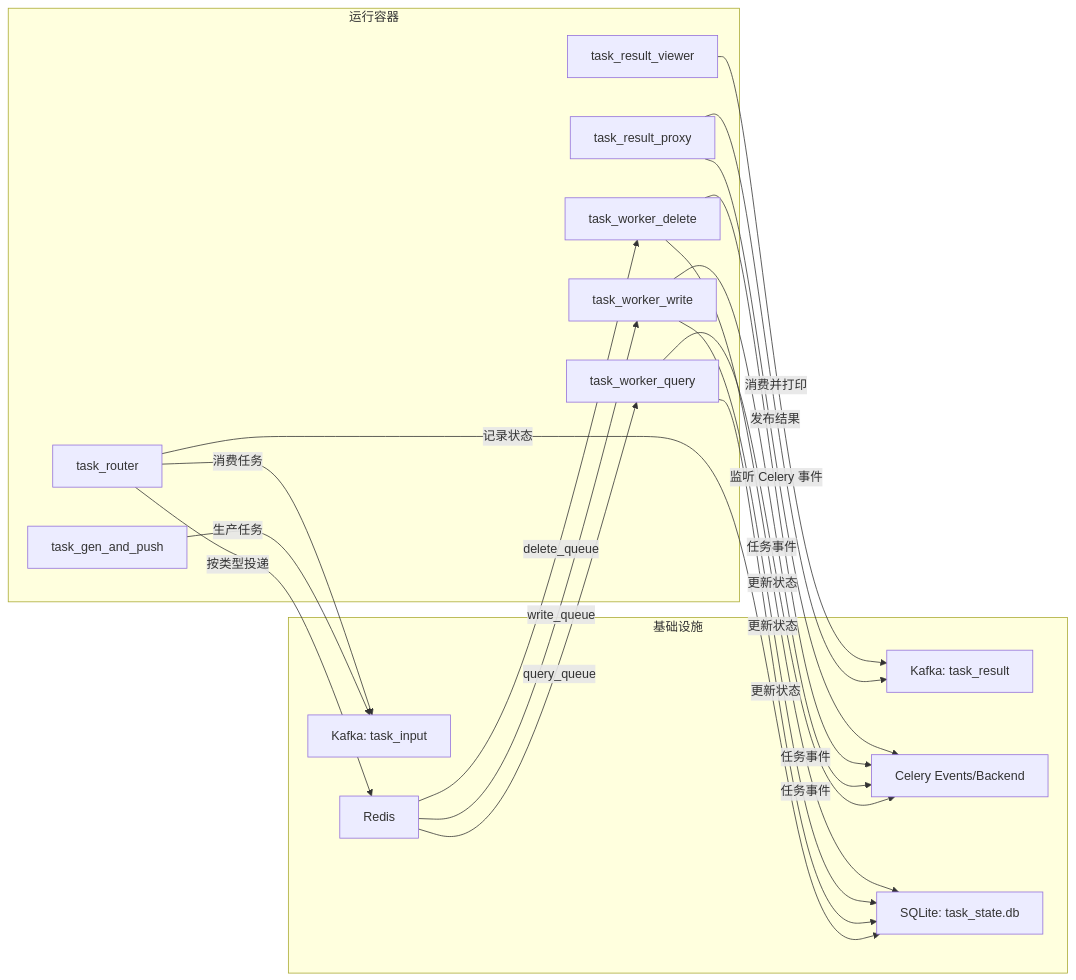
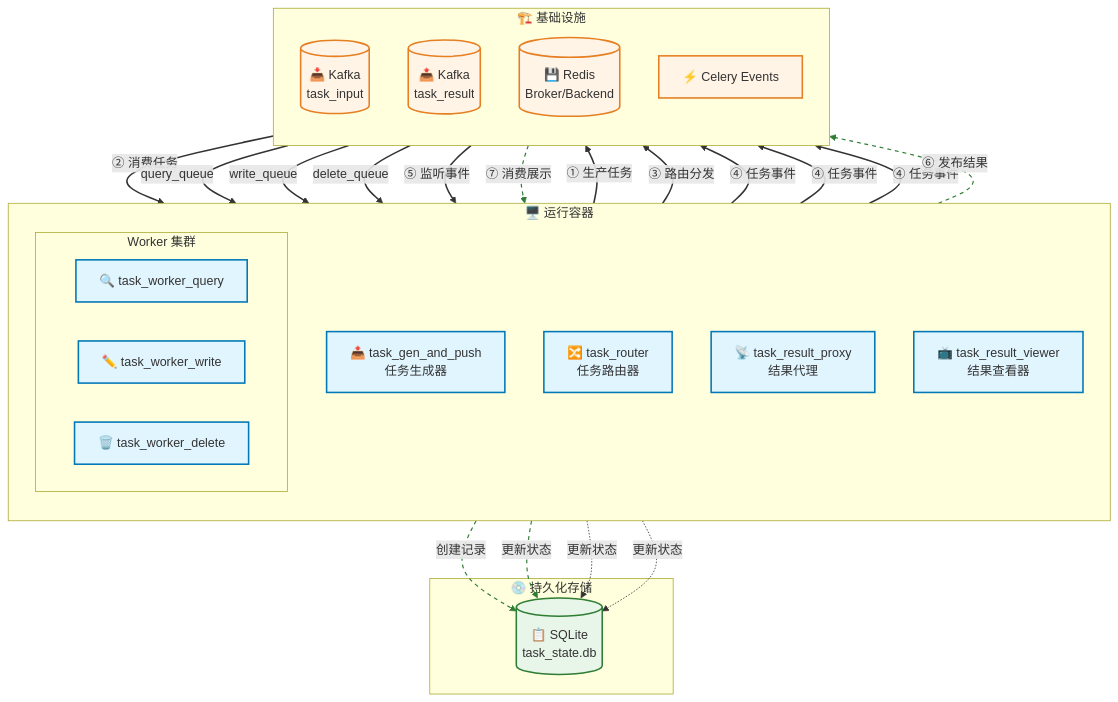
The diagram in README.md (LouisLiuNova/task_flow_demo), drawn with Mermaid before and after one commit. The commit also changed 1 other file, not shown here.

Commit message:
🎨 docs: 优化 README 架构图并更新 ROADMAP
- 优化 mermaid 流程图视觉效果：
  - 添加颜色样式区分服务/基础设施/存储
  - 使用 emoji 图标增强可读性
  - 主流程添加 ①-⑦ 编号标注执行顺序
  - 实线表示主流程，虚线表示状态持久化
  - 优化布局为 Top-to-Bottom 流向

- 更新 ROADMAP.md：
  - 新增「已完成功能」章节
  - 调整优先级表格并标记状态
  - 更新里程碑规划（Phase 1 已完成）
  - 新增技术债务记录

````diff
--- a/README.md
+++ b/README.md
@@ -11,37 +11,62 @@
 ```mermaid
-flowchart LR
-    subgraph Runtime["运行容器"]
-        GEN["task_gen_and_push"]
-        ROUTER["task_router"]
-        WQ["task_worker_query"]
-        WW["task_worker_write"]
-        WD["task_worker_delete"]
-        RP["task_result_proxy"]
-        RV["task_result_viewer"]
+flowchart TB
+    %% 样式定义
+    classDef service fill:#e1f5ff,stroke:#0077b6,stroke-width:2px
+    classDef infra fill:#fff4e6,stroke:#e67e22,stroke-width:2px
+    classDef storage fill:#e8f5e9,stroke:#2e7d32,stroke-width:2px
+
+    subgraph Runtime["🖥️ 运行容器"]
+        direction TB
+        GEN["📤 task_gen_and_push<br/>任务生成器"]:::service
+        ROUTER["🔀 task_router<br/>任务路由器"]:::service
+        
+        subgraph Workers["Worker 集群"]
+            direction LR
+            WQ["🔍 task_worker_query"]:::service
+            WW["✏️ task_worker_write"]:::service
+            WD["🗑️ task_worker_delete"]:::service
+        end
+        
+        RP["📡 task_result_proxy<br/>结果代理"]:::service
+        RV["📺 task_result_viewer<br/>结果查看器"]:::service
     end
 
-    subgraph Infra["基础设施"]
-        KIN["Kafka: task_input"]
-        KOUT["Kafka: task_result"]
-        REDIS["Redis"]
-        CEVT["Celery Events/Backend"]
-        SQLITE["SQLite: task_state.db"]
+    subgraph Infra["🏗️ 基础设施"]
+        direction TB
+        KIN[("📥 Kafka<br/>task_input")]:::infra
+        KOUT[("📤 Kafka<br/>task_result")]:::infra
+        REDIS[("💾 Redis<br/>Broker/Backend")]:::infra
+        CEVT["⚡ Celery Events"]:::infra
     end
 
-    GEN -->|生产任务 | KIN
-    ROUTER -->|消费任务 | KIN
-    ROUTER -->|按类型投递 | REDIS
-    ROUTER -->|记录状态 | SQLITE
-    REDIS -->|query_queue| WQ
-    REDIS -->|write_queue| WW
-    REDIS -->|delete_queue| WD
-    WQ -->|任务事件 | CEVT
-    WQ -->|更新状态 | SQLITE
-    WW -->|任务事件 | CEVT
-    WW -->|更新状态 | SQLITE
-    WD -->|任务事件 | CEVT
-    WD -->|更新状态 | SQLITE
-    RP -->|监听 Celery 事件 | CEVT
-    RP -->|发布结果 | KOUT
-    RV -->|消费并打印 | KOUT
+    subgraph Storage["💿 持久化存储"]
+        SQLITE[("📋 SQLite<br/>task_state.db")]:::storage
+    end
+
+    %% 数据流 - 主流程
+    GEN -->|"① 生产任务"| KIN
+    KIN -->|"② 消费任务"| ROUTER
+    ROUTER -->|"③ 路由分发"| REDIS
+    
+    REDIS -->|"query_queue"| WQ
+    REDIS -->|"write_queue"| WW
+    REDIS -->|"delete_queue"| WD
+    
+    WQ -->|"④ 任务事件"| CEVT
+    WW -->|"④ 任务事件"| CEVT
+    WD -->|"④ 任务事件"| CEVT
+    
+    CEVT -->|"⑤ 监听事件"| RP
+    RP -->|"⑥ 发布结果"| KOUT
+    KOUT -->|"⑦ 消费展示"| RV
+
+    %% 状态持久化流
+    ROUTER -.->|"创建记录"| SQLITE
+    WQ -.->|"更新状态"| SQLITE
+    WW -.->|"更新状态"| SQLITE
+    WD -.->|"更新状态"| SQLITE
+
+    %% 连接线样式
+    linkStyle 0,1,2,3,4,5,6,7,8,9 stroke:#333,stroke-width:2px
+    linkStyle 10,11,12,13 stroke:#2e7d32,stroke-width:1.5px,stroke-dasharray:5 5
 ```
````
